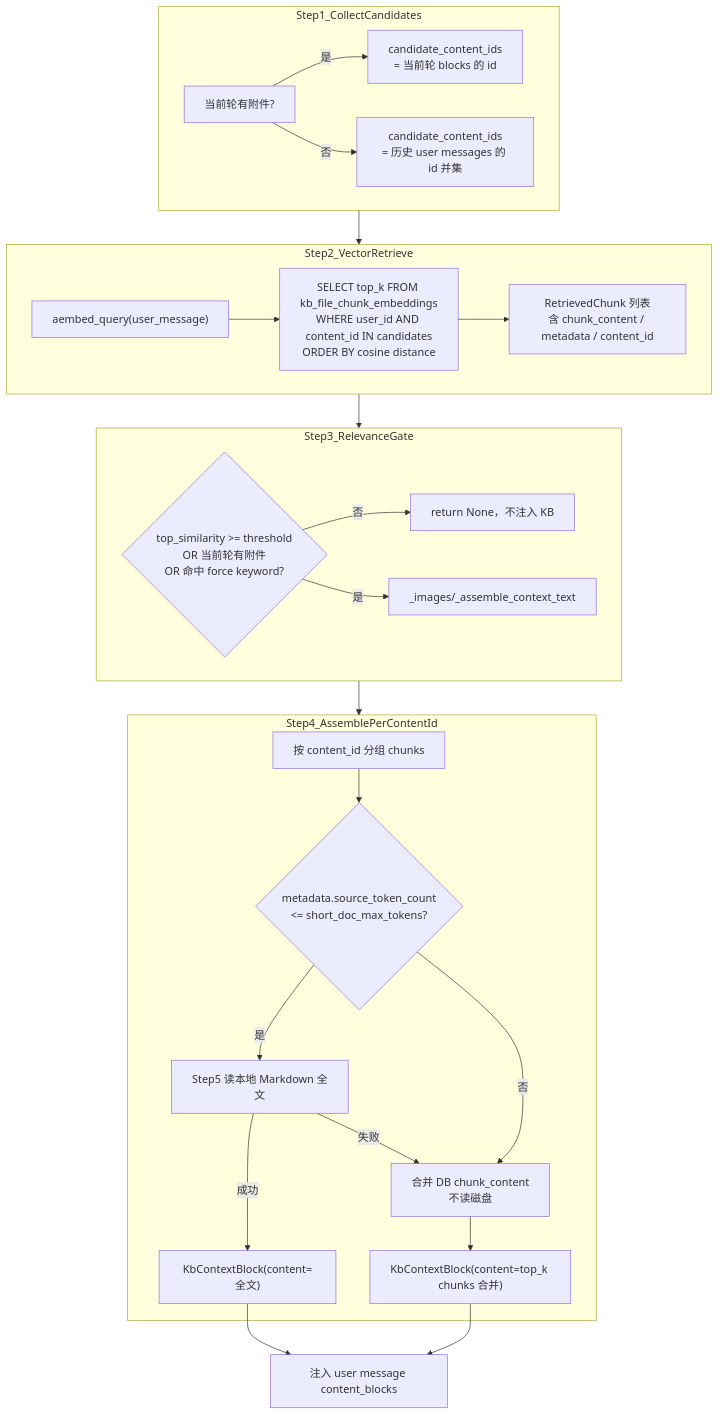
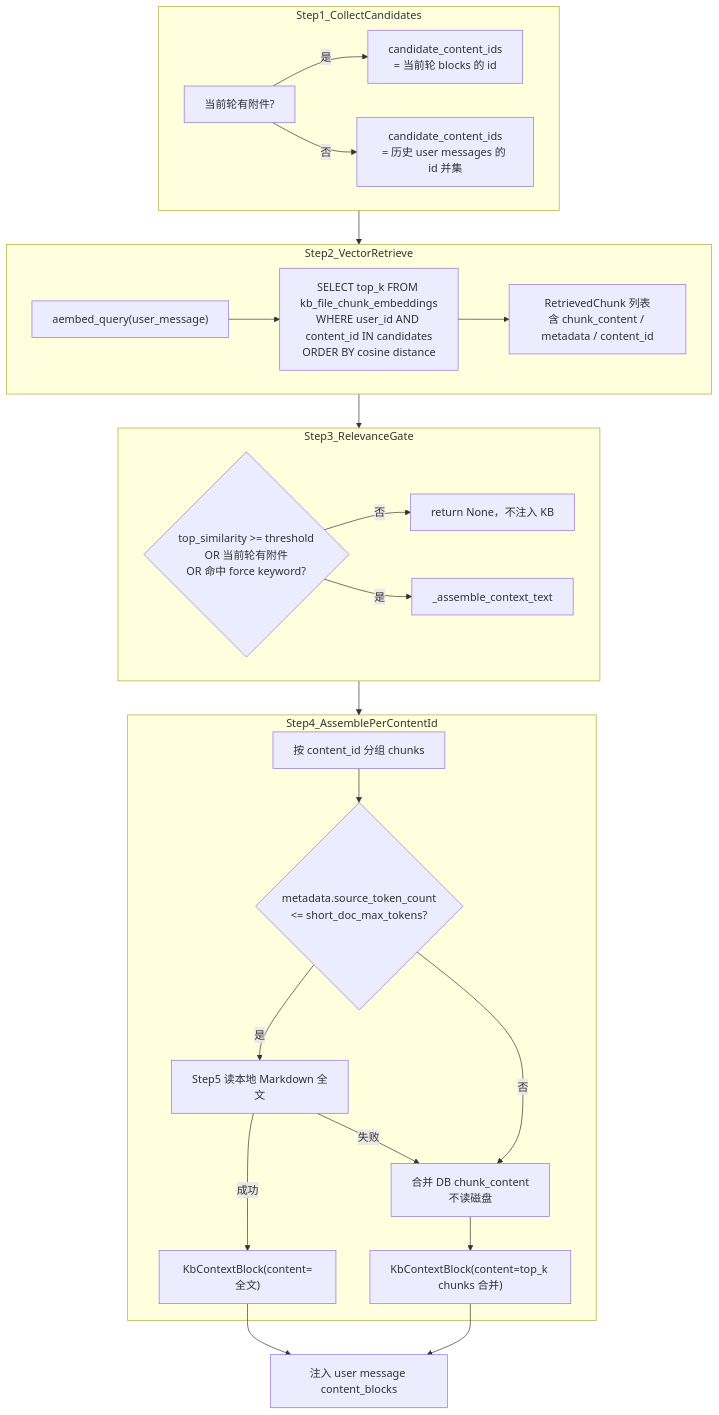
Before and after one commit to wuhonglei/chat-agent: the second of 3 diagrams in backend/.cursor/plans/上传目录结构调整_3bf045b2.plan.md, drawn with Mermaid. The commit also changed other lines of this file and 20 other files, not shown here.

````diff
--- a/backend/.cursor/plans/上传目录结构调整_3bf045b2.plan.md
+++ b/backend/.cursor/plans/上传目录结构调整_3bf045b2.plan.md
@@ -243,31 +295,31 @@
 ```mermaid
 flowchart TD
   subgraph collect [Step1_CollectCandidates]
     O1["当前轮有附件?"] -->|是| O2["candidate_content_ids\n= 当前轮 blocks 的 id"]
     O1 -->|否| O3["candidate_content_ids\n= 历史 user messages 的 id 并集"]
   end
 
   subgraph retrieve [Step2_VectorRetrieve]
     R1["aembed_query(user_message)"] --> R2["SELECT top_k FROM kb_file_chunk_embeddings\nWHERE user_id AND content_id IN candidates\nORDER BY cosine distance"]
     R2 --> R3["RetrievedChunk 列表\n含 chunk_content / metadata / content_id"]
   end
 
   subgraph gate [Step3_RelevanceGate]
     G1{"top_similarity >= threshold\nOR 当前轮有附件\nOR 命中 force keyword?"}
     G1 -->|否| SKIP["return None，不注入 KB"]
-    G1 -->|是| ASM["_images/_assemble_context_text"]
+    G1 -->|是| ASM["_assemble_context_text"]
   end
 
   subgraph assemble [Step4_AssemblePerContentId]
     A1["按 content_id 分组 chunks"] --> A2{"metadata.source_token_count\n<= short_doc_max_tokens?"}
     A2 -->|是| DISK["Step5 读本地 Markdown 全文"]
     A2 -->|否| DB["合并 DB chunk_content\n不读磁盘"]
     DISK -->|成功| FULL["KbContextBlock(content=全文)"]
     DISK -->|失败| DB
     DB --> PART["KbContextBlock(content=top_k chunks 合并)"]
   end
 
   collect --> retrieve --> gate --> assemble
   FULL --> OUT["注入 user message content_blocks"]
   PART --> OUT
 ```
````
